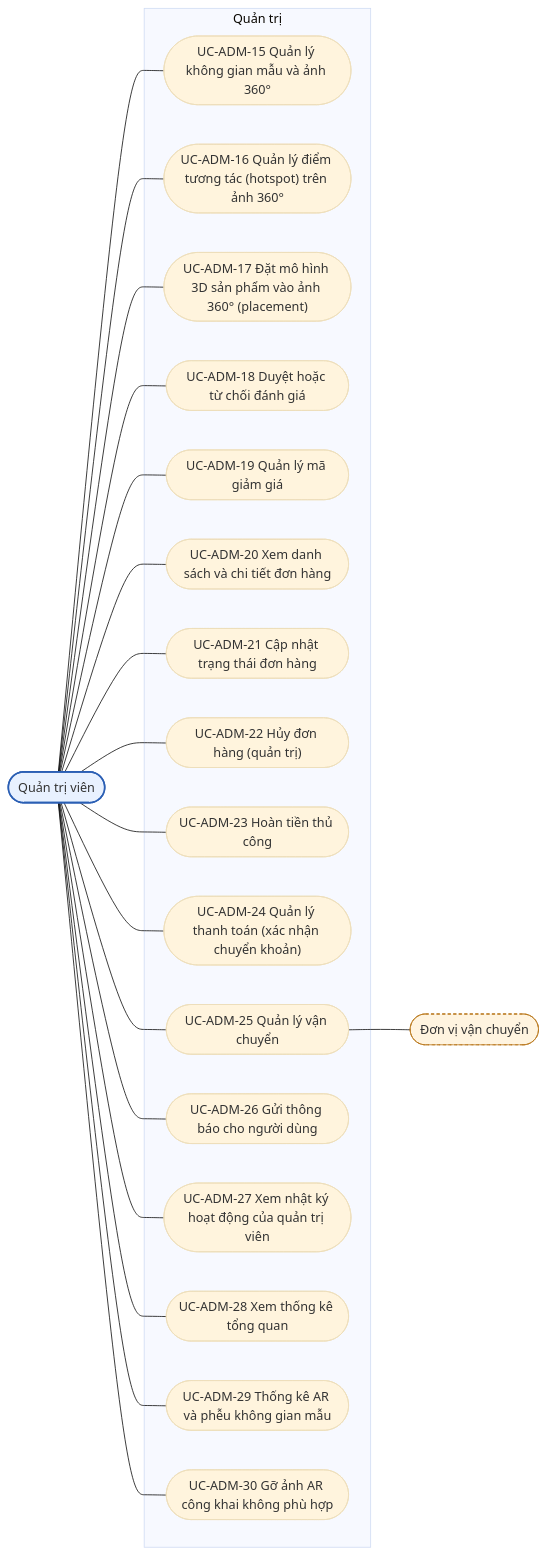
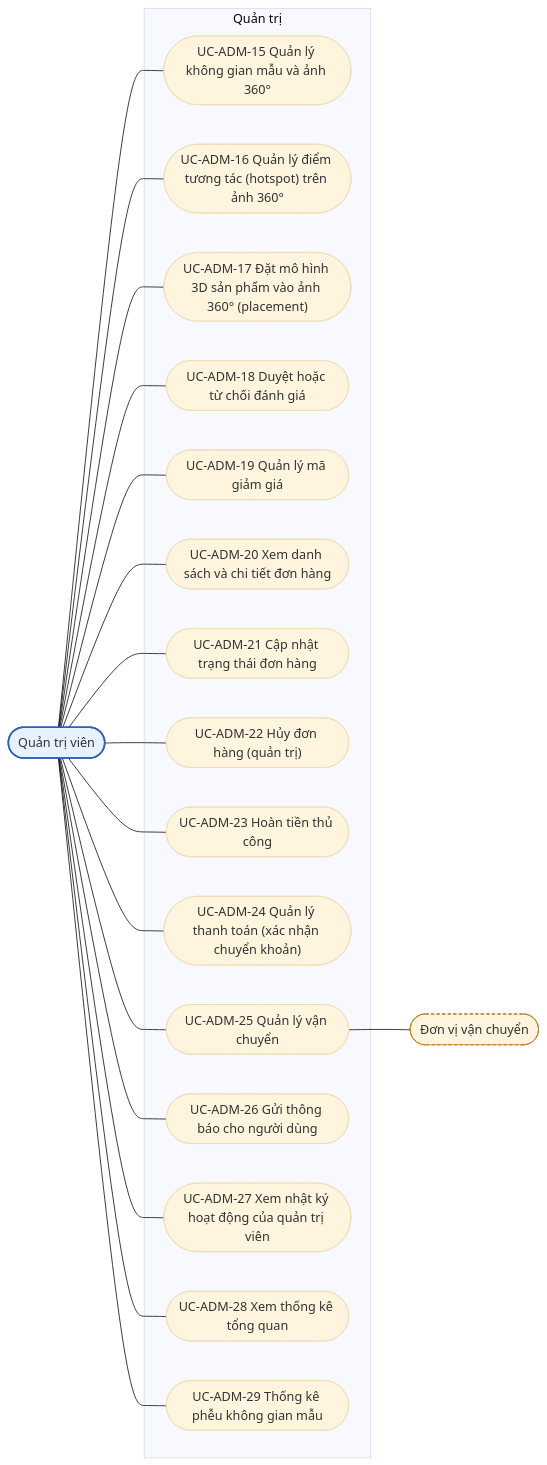
The fifth of 13 diagrams in docs/DAC_TA_CHUC_NANG_THEO_VAI_TRO.md (2431540234-arch/XDUDTMDT), drawn with Mermaid (base theme) before and after one commit. The commit also changed other lines of this file and 30 other files, not shown here.

First line of the commit message:
docs: cap nhat DAC_TA, DECISIONS, schema va tai lieu chuan theo quyet dinh moi

````diff
--- a/docs/DAC_TA_CHUC_NANG_THEO_VAI_TRO.md
+++ b/docs/DAC_TA_CHUC_NANG_THEO_VAI_TRO.md
@@ -536,42 +537,40 @@
 ```mermaid
 flowchart LR
     A(["Quản trị viên"]):::actor
     SH(["Đơn vị vận chuyển"]):::ext
     subgraph SG_ADM["Quản trị"]
         UC_ADM_15(["UC-ADM-15 Quản lý không gian mẫu và ảnh 360°"])
         UC_ADM_16(["UC-ADM-16 Quản lý điểm tương tác (hotspot) trên ảnh 360°"])
         UC_ADM_17(["UC-ADM-17 Đặt mô hình 3D sản phẩm vào ảnh 360° (placement)"])
         UC_ADM_18(["UC-ADM-18 Duyệt hoặc từ chối đánh giá"])
         UC_ADM_19(["UC-ADM-19 Quản lý mã giảm giá"])
         UC_ADM_20(["UC-ADM-20 Xem danh sách và chi tiết đơn hàng"])
         UC_ADM_21(["UC-ADM-21 Cập nhật trạng thái đơn hàng"])
         UC_ADM_22(["UC-ADM-22 Hủy đơn hàng (quản trị)"])
         UC_ADM_23(["UC-ADM-23 Hoàn tiền thủ công"])
         UC_ADM_24(["UC-ADM-24 Quản lý thanh toán (xác nhận chuyển khoản)"])
         UC_ADM_25(["UC-ADM-25 Quản lý vận chuyển"])
         UC_ADM_26(["UC-ADM-26 Gửi thông báo cho người dùng"])
         UC_ADM_27(["UC-ADM-27 Xem nhật ký hoạt động của quản trị viên"])
         UC_ADM_28(["UC-ADM-28 Xem thống kê tổng quan"])
-        UC_ADM_29(["UC-ADM-29 Thống kê AR và phễu không gian mẫu"])
-        UC_ADM_30(["UC-ADM-30 Gỡ ảnh AR công khai không phù hợp"])
+        UC_ADM_29(["UC-ADM-29 Thống kê phễu không gian mẫu"])
     end
     A --- UC_ADM_15
     A --- UC_ADM_16
     A --- UC_ADM_17
     A --- UC_ADM_18
     A --- UC_ADM_19
     A --- UC_ADM_20
     A --- UC_ADM_21
     A --- UC_ADM_22
     A --- UC_ADM_23
     A --- UC_ADM_24
     A --- UC_ADM_25
     A --- UC_ADM_26
     A --- UC_ADM_27
     A --- UC_ADM_28
     A --- UC_ADM_29
-    A --- UC_ADM_30
     UC_ADM_25 --- SH
     classDef actor fill:#e8f1ff,stroke:#2b5fb4,stroke-width:2px
     classDef ext fill:#fff4e0,stroke:#b8761a,stroke-dasharray: 4 3
 ```
````
